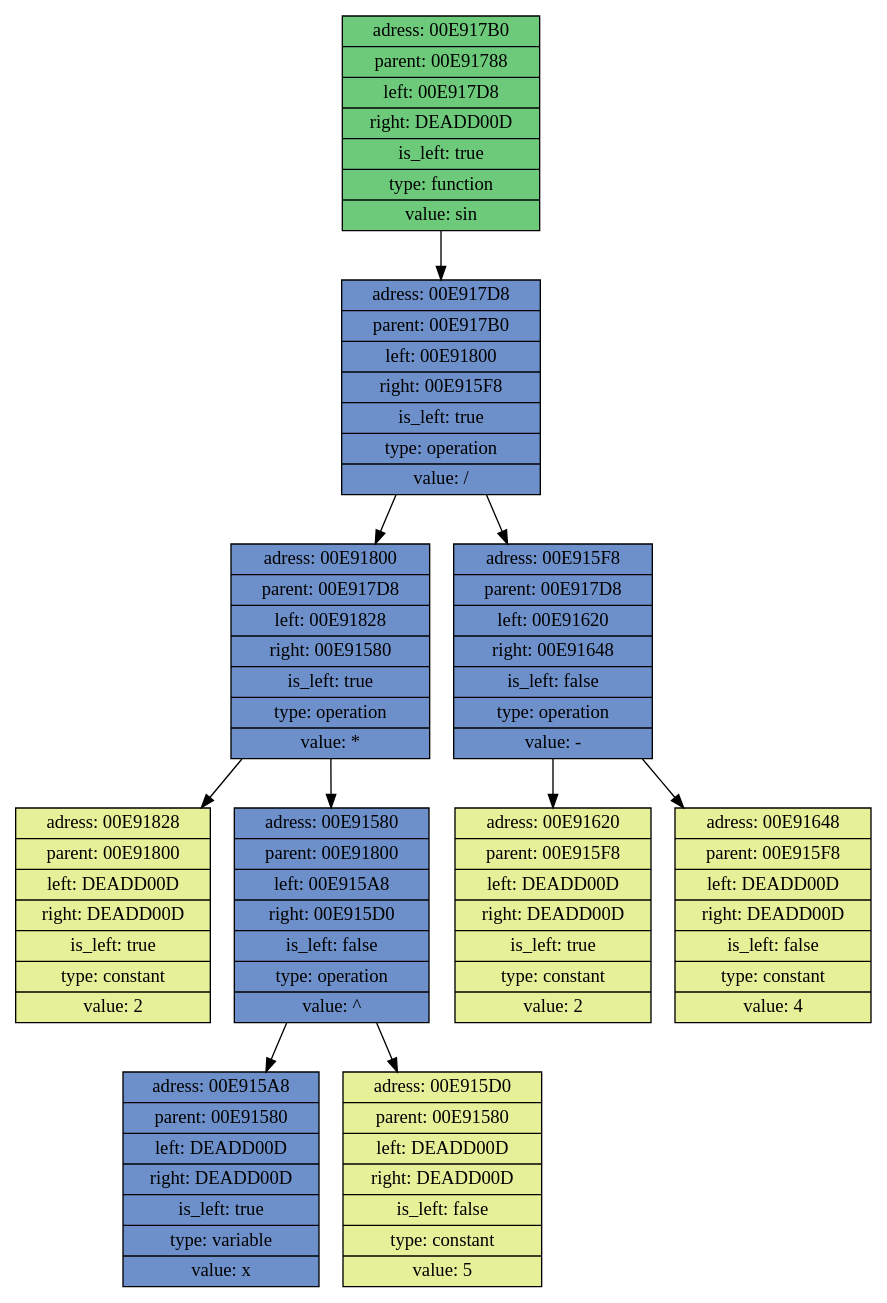
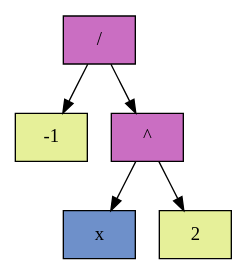
Before and after one commit to Danti0ch/WolframBeta: the diagram in build/tmp.dot, drawn with Graphviz. The commit also changed 15 other files, not shown here.

```diff
--- a/build/tmp.dot
+++ b/build/tmp.dot
@@ -1,21 +1,11 @@
 digraph Tree{
-0[style = "filled", fillcolor = "#6ECA7B", shape = "record", label = "{adress:  00E917B0 |parent:  00E91788 |left:    00E917D8 |right:   DEADD00D |is_left: true |type:    function |value:   sin}"];
+0[style = "filled", fillcolor = "#CA6EC2", shape = "record", label = "/"];
 0->1;
-1[style = "filled", fillcolor = "#6E90CA", shape = "record", label = "{adress:  00E917D8 |parent:  00E917B0 |left:    00E91800 |right:   00E915F8 |is_left: true |type:    operation |value:   /}"];
-1->2;
-2[style = "filled", fillcolor = "#6E90CA", shape = "record", label = "{adress:  00E91800 |parent:  00E917D8 |left:    00E91828 |right:   00E91580 |is_left: true |type:    operation |value:   *}"];
+1[style = "filled", fillcolor = "#E6F099", shape = "record", label = "-1"]
+0->2;
+2[style = "filled", fillcolor = "#CA6EC2", shape = "record", label = "^"];
 2->3;
-3[style = "filled", fillcolor = "#E6F099", shape = "record", label = "{adress:  00E91828 |parent:  00E91800 |left:    DEADD00D |right:   DEADD00D |is_left: true |type:    constant |value:   2}"];
+3[style = "filled", fillcolor = "#6E90CA", shape = "record", label = "x"];
 2->4;
-4[style = "filled", fillcolor = "#6E90CA", shape = "record", label = "{adress:  00E91580 |parent:  00E91800 |left:    00E915A8 |right:   00E915D0 |is_left: false |type:    operation |value:   ^}"];
-4->5;
-5[style = "filled", fillcolor = "#6E90CA", shape = "record", label = "{adress:  00E915A8 |parent:  00E91580 |left:    DEADD00D |right:   DEADD00D |is_left: true |type:    variable |value:   x}"];
-4->6;
-6[style = "filled", fillcolor = "#E6F099", shape = "record", label = "{adress:  00E915D0 |parent:  00E91580 |left:    DEADD00D |right:   DEADD00D |is_left: false |type:    constant |value:   5}"];
-1->7;
-7[style = "filled", fillcolor = "#6E90CA", shape = "record", label = "{adress:  00E915F8 |parent:  00E917D8 |left:    00E91620 |right:   00E91648 |is_left: false |type:    operation |value:   -}"];
-7->8;
-8[style = "filled", fillcolor = "#E6F099", shape = "record", label = "{adress:  00E91620 |parent:  00E915F8 |left:    DEADD00D |right:   DEADD00D |is_left: true |type:    constant |value:   2}"];
-7->9;
-9[style = "filled", fillcolor = "#E6F099", shape = "record", label = "{adress:  00E91648 |parent:  00E915F8 |left:    DEADD00D |right:   DEADD00D |is_left: false |type:    constant |value:   4}"];
+4[style = "filled", fillcolor = "#E6F099", shape = "record", label = "2"]
 }
```
